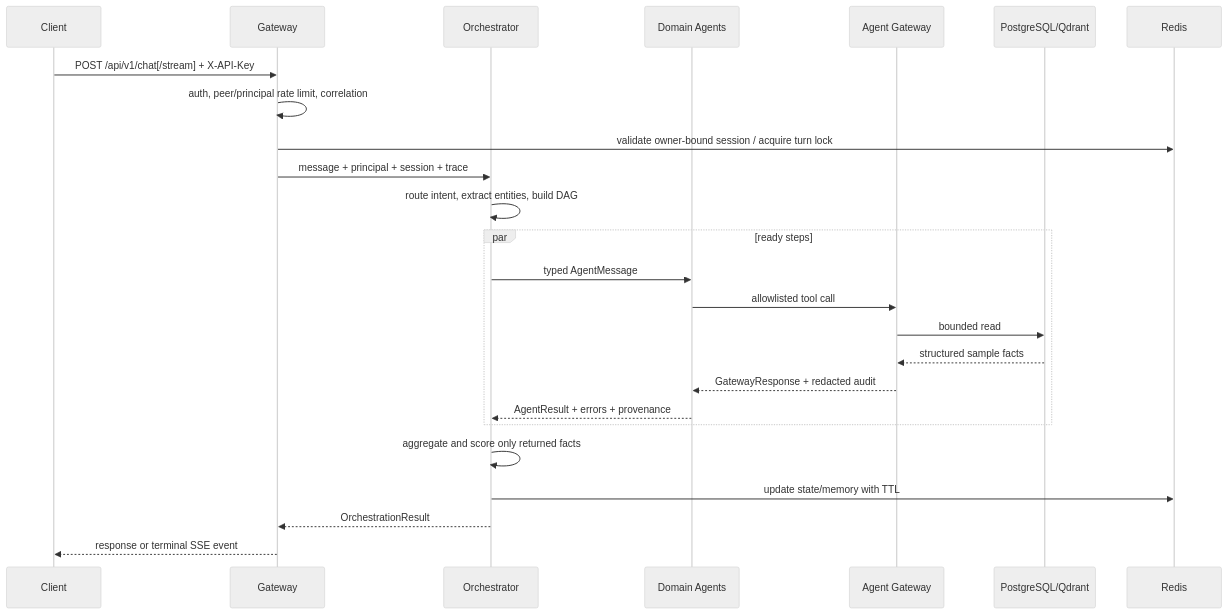
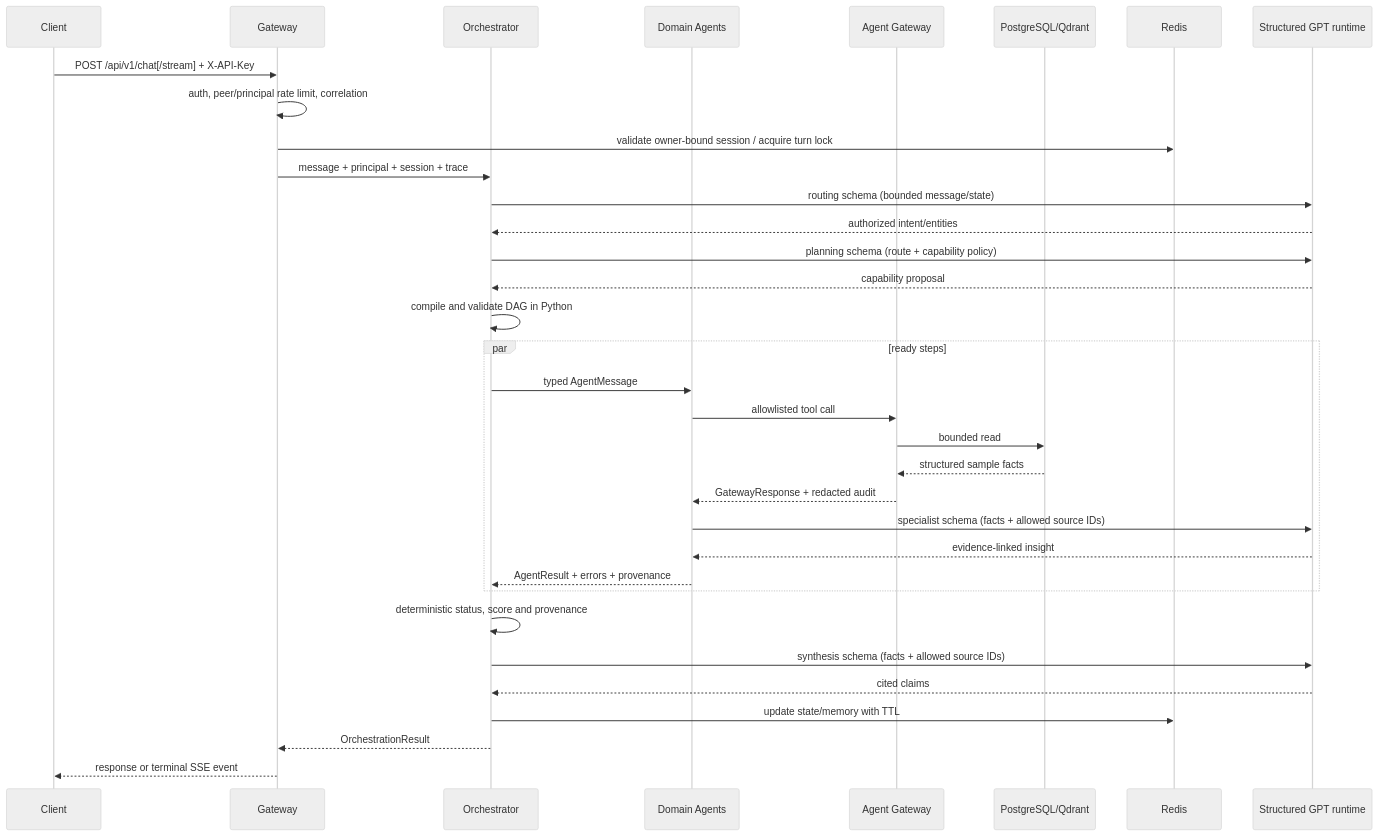
Before and after one commit to Thanh281105/multi-agent-system: the second of 2 diagrams in docs/architecture.md, drawn with Mermaid (neutral theme). The commit also changed other lines of this file and 2 other files, not shown here.

First line of the commit message:
docs(architecture): align the hybrid model system

````diff
--- a/docs/architecture.md
+++ b/docs/architecture.md
@@ -88,28 +102,37 @@
 ```mermaid
 sequenceDiagram
     participant C as Client
     participant G as Gateway
     participant O as Orchestrator
     participant D as Domain Agents
     participant A as Agent Gateway
     participant S as PostgreSQL/Qdrant
     participant R as Redis
+    participant L as Structured GPT runtime
 
     C->>G: POST /api/v1/chat[/stream] + X-API-Key
     G->>G: auth, peer/principal rate limit, correlation
     G->>R: validate owner-bound session / acquire turn lock
     G->>O: message + principal + session + trace
-    O->>O: route intent, extract entities, build DAG
+    O->>L: routing schema (bounded message/state)
+    L-->>O: authorized intent/entities
+    O->>L: planning schema (route + capability policy)
+    L-->>O: capability proposal
+    O->>O: compile and validate DAG in Python
     par ready steps
         O->>D: typed AgentMessage
         D->>A: allowlisted tool call
         A->>S: bounded read
         S-->>A: structured sample facts
         A-->>D: GatewayResponse + redacted audit
+        D->>L: specialist schema (facts + allowed source IDs)
+        L-->>D: evidence-linked insight
         D-->>O: AgentResult + errors + provenance
     end
-    O->>O: aggregate and score only returned facts
+    O->>O: deterministic status, score and provenance
+    O->>L: synthesis schema (facts + allowed source IDs)
+    L-->>O: cited claims
     O->>R: update state/memory with TTL
     O-->>G: OrchestrationResult
     G-->>C: response or terminal SSE event
 ```
````
